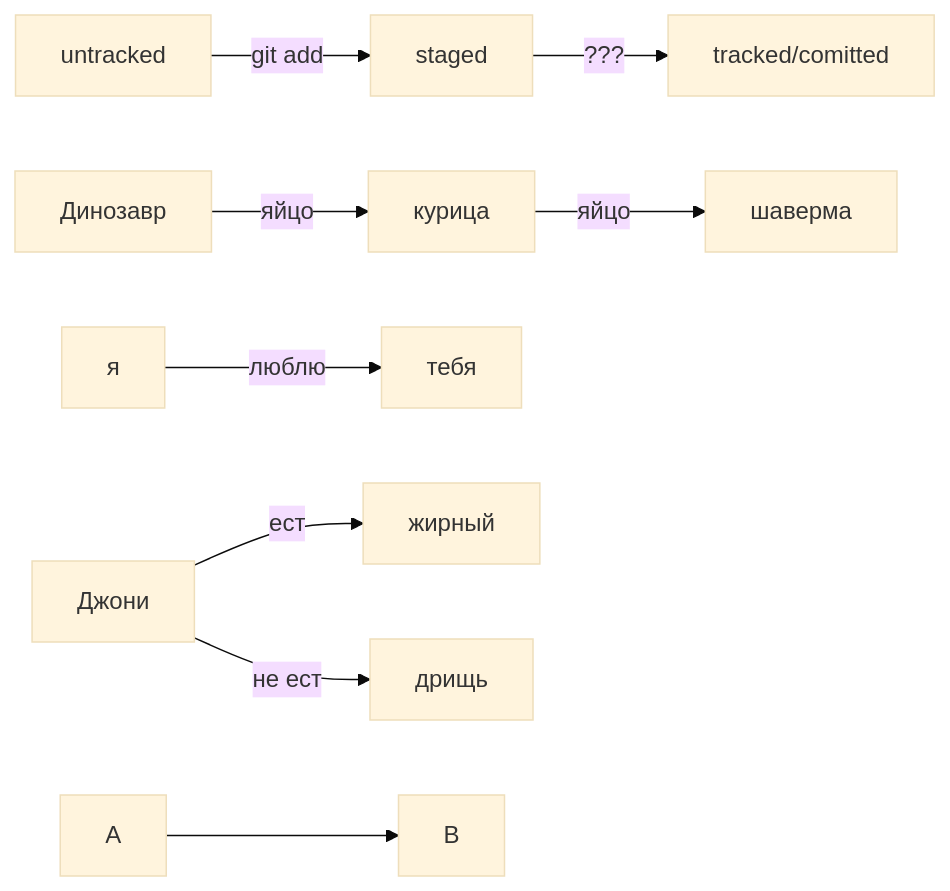
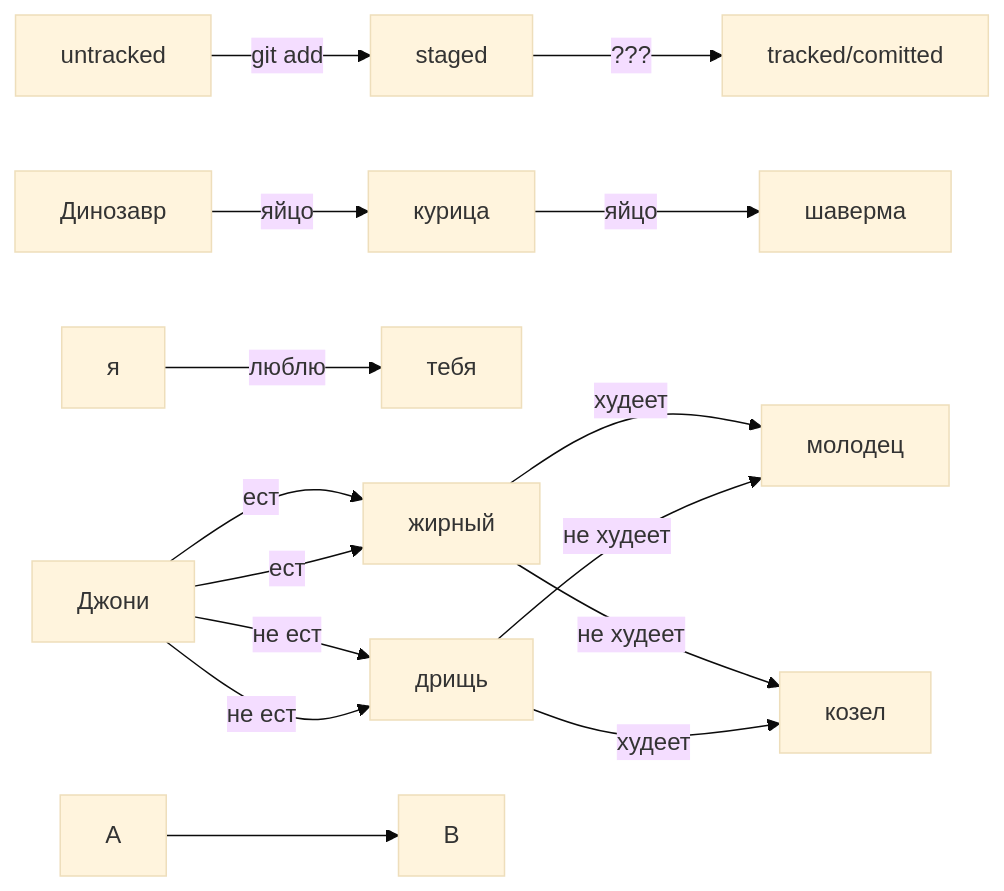
Before and after one commit to AleksandrLARUS/Shpargalka: the diagram in Shpargalka.md, drawn with Mermaid (base theme).

Commit message:
Испытать рабботу схемы

````diff
--- a/Shpargalka.md
+++ b/Shpargalka.md
@@ -153,11 +153,13 @@
 ```mermaid
 graph LR;
   untracked -- "git add" --> staged;
   staged    -- "???"     --> tracked/comitted;
   Динозавр -- "яйцо" --> курица -- "яйцо" --> шаверма;
   я -- "люблю" --> тебя;
-  Джони -- "ест" --> жирный;
-  Джони -- "не ест" --> дрищь;
+  Джони -- "ест" --> жирный -- "худеет" --> молодец;
+  Джони -- "ест" --> жирный -- "не худеет" --> козел;
+  Джони -- "не ест" --> дрищь -- "не худеет" --> молодец;
+  Джони -- "не ест" --> дрищь -- "худеет" --> козел;
 %% стрелка без текста для примера: 
   A --> B;
 ```
````
